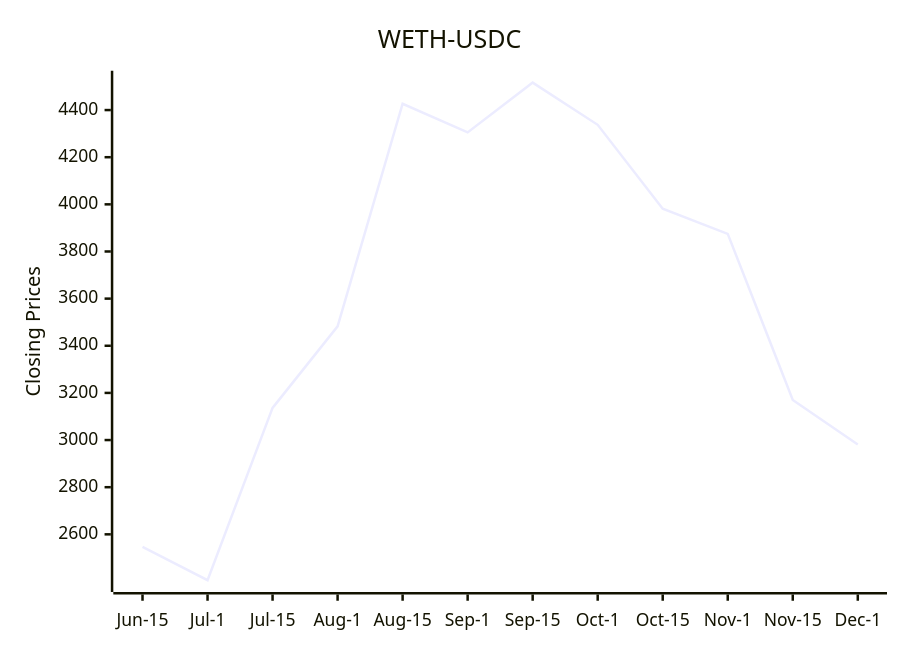
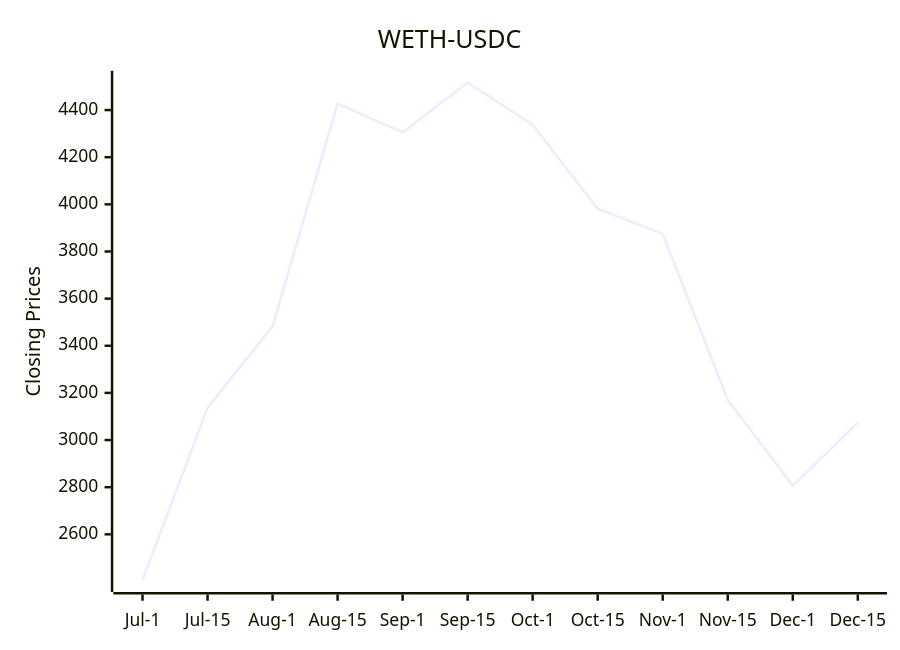
The diagram in README.md (bicced/ReadmeCryptoPriceChart), drawn with Mermaid before and after one commit.

Commit message:
Update README with latest DEX data

````diff
--- a/README.md
+++ b/README.md
@@ -6,7 +6,7 @@
 ```mermaid
 xychart-beta
   title "WETH-USDC"
-  x-axis [Jun-15,Jul-1,Jul-15,Aug-1,Aug-15,Sep-1,Sep-15,Oct-1,Oct-15,Nov-1,Nov-15,Dec-1]
+  x-axis [Jul-1,Jul-15,Aug-1,Aug-15,Sep-1,Sep-15,Oct-1,Oct-15,Nov-1,Nov-15,Dec-1,Dec-15]
   y-axis "Closing Prices" 2405.73 --> 4516.39403113754
-  line [2547.02,2405.73,3136.3,3482.42836863059,4426.73412630884,4305.29196667193,4516.39403113754,4337.4165948864,3981.40087035479,3874.8082284479,3170.25621083736,2980.92457771896]
+  line [2405.73,3136.3,3482.42836863059,4426.73412630884,4305.29196667193,4516.39403113754,4337.4165948864,3981.40087035479,3874.8082284479,3170.25621083736,2806.91719695467,3073.39583532703]
 ```
````
